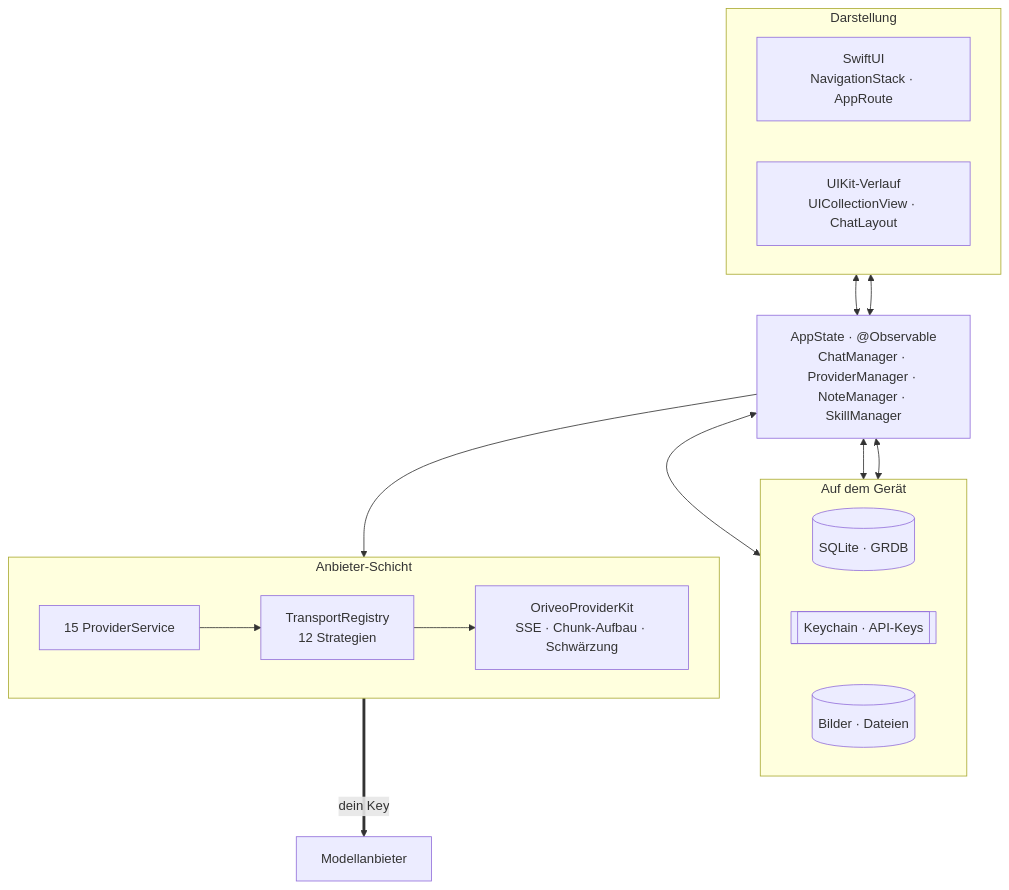
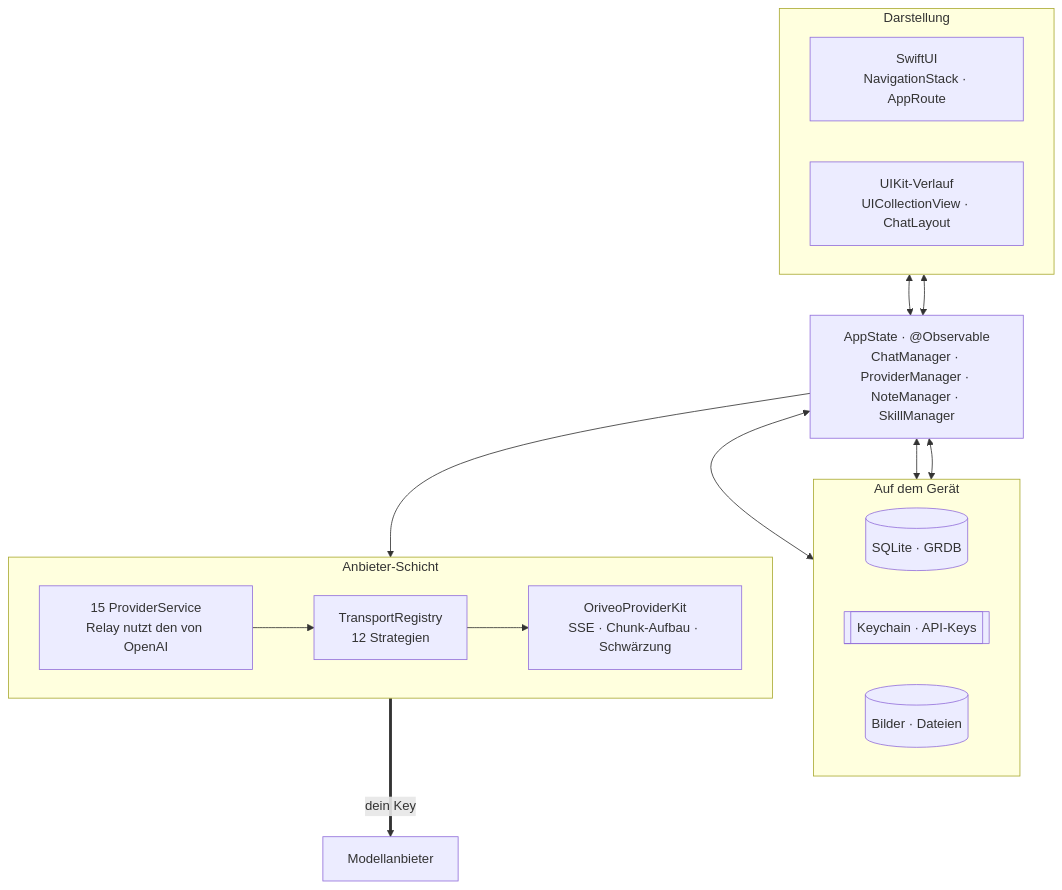
One commit to oriveo/oriveo changed the first of 2 diagrams in readme_i18n/de/ios.md. Above: the diagram before and after it, drawn with Mermaid. The commit also changed other lines of this file and 19 other files, not shown here.

````diff
--- a/readme_i18n/de/ios.md
+++ b/readme_i18n/de/ios.md
@@ -47,30 +47,30 @@
 ```mermaid
 flowchart TB
     subgraph ui ["Darstellung"]
         direction LR
         swiftui["SwiftUI<br/>NavigationStack · AppRoute"]
         uikit["UIKit-Verlauf<br/>UICollectionView · ChatLayout"]
     end
 
     appstate["AppState · @Observable<br/>ChatManager · ProviderManager · NoteManager · SkillManager"]
 
     subgraph store ["Auf dem Gerät"]
         direction LR
         grdb[("SQLite · GRDB")]
         keychain[["Keychain · API-Keys"]]
         files[("Bilder · Dateien")]
     end
 
     subgraph provider ["Anbieter-Schicht"]
         direction LR
-        services["15 ProviderService"]
+        services["15 ProviderService<br/>Relay nutzt den von OpenAI"]
         transports["TransportRegistry<br/>12 Strategien"]
         kit["OriveoProviderKit<br/>SSE · Chunk-Aufbau · Schwärzung"]
     end
 
     swiftui & uikit <--> appstate
     appstate <--> grdb & keychain & files
     appstate --> services
     services --> transports --> kit
     kit ==>|"dein Key"| up["Modellanbieter"]
 ```
````
